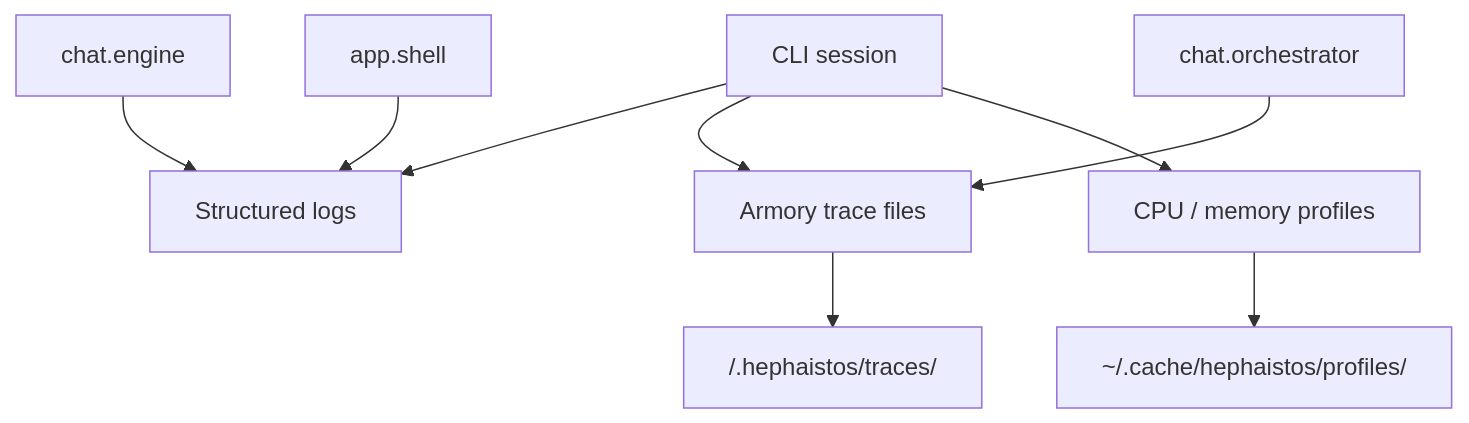
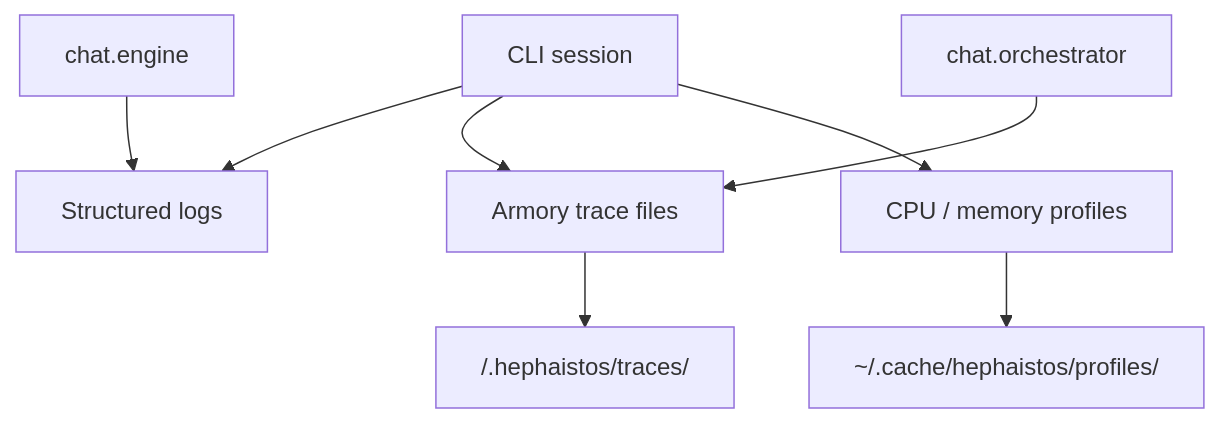
Before and after one commit to gildrb/heph: the second of 2 diagrams in docs/architecture.md, drawn with Mermaid. The commit also changed other lines of this file and 3 other files, not shown here.

````diff
--- a/docs/architecture.md
+++ b/docs/architecture.md
@@ -141,13 +140,12 @@
 ```mermaid
 graph TD
     CLI[CLI session] --> Logs[Structured logs]
     CLI --> Traces[Armory trace files]
     CLI --> Profiles[CPU / memory profiles]
 
     Engine[chat.engine] --> Logs
     Orchestrator[chat.orchestrator] --> Traces
-    Shell[app.shell] --> Logs
 
     Traces --> Armory[<armory>/.hephaistos/traces/]
     Profiles --> Cache[~/.cache/hephaistos/profiles/]
 ```
````
